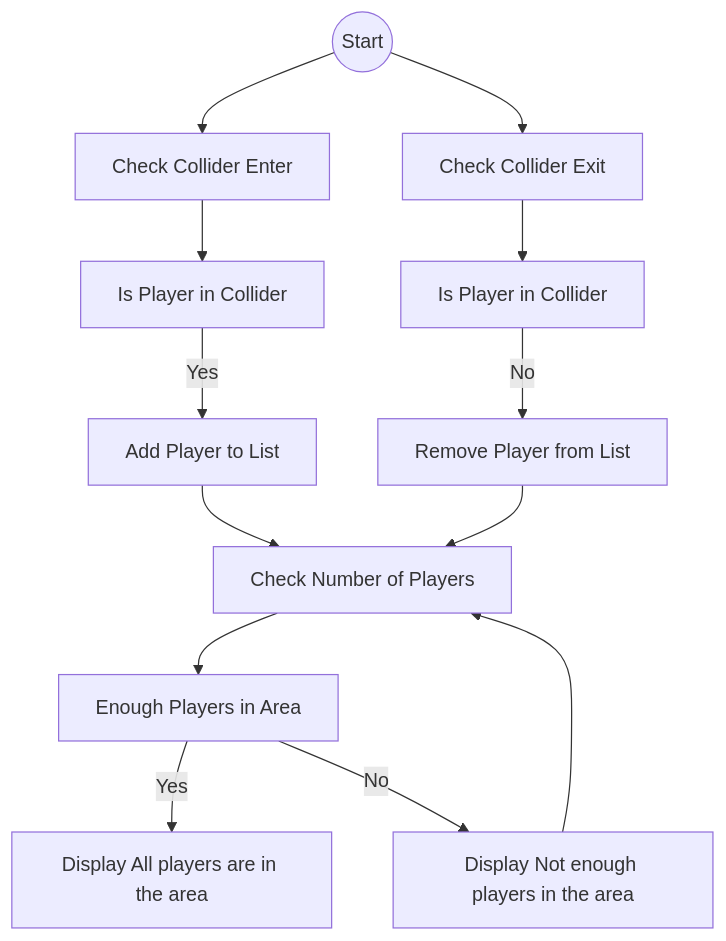
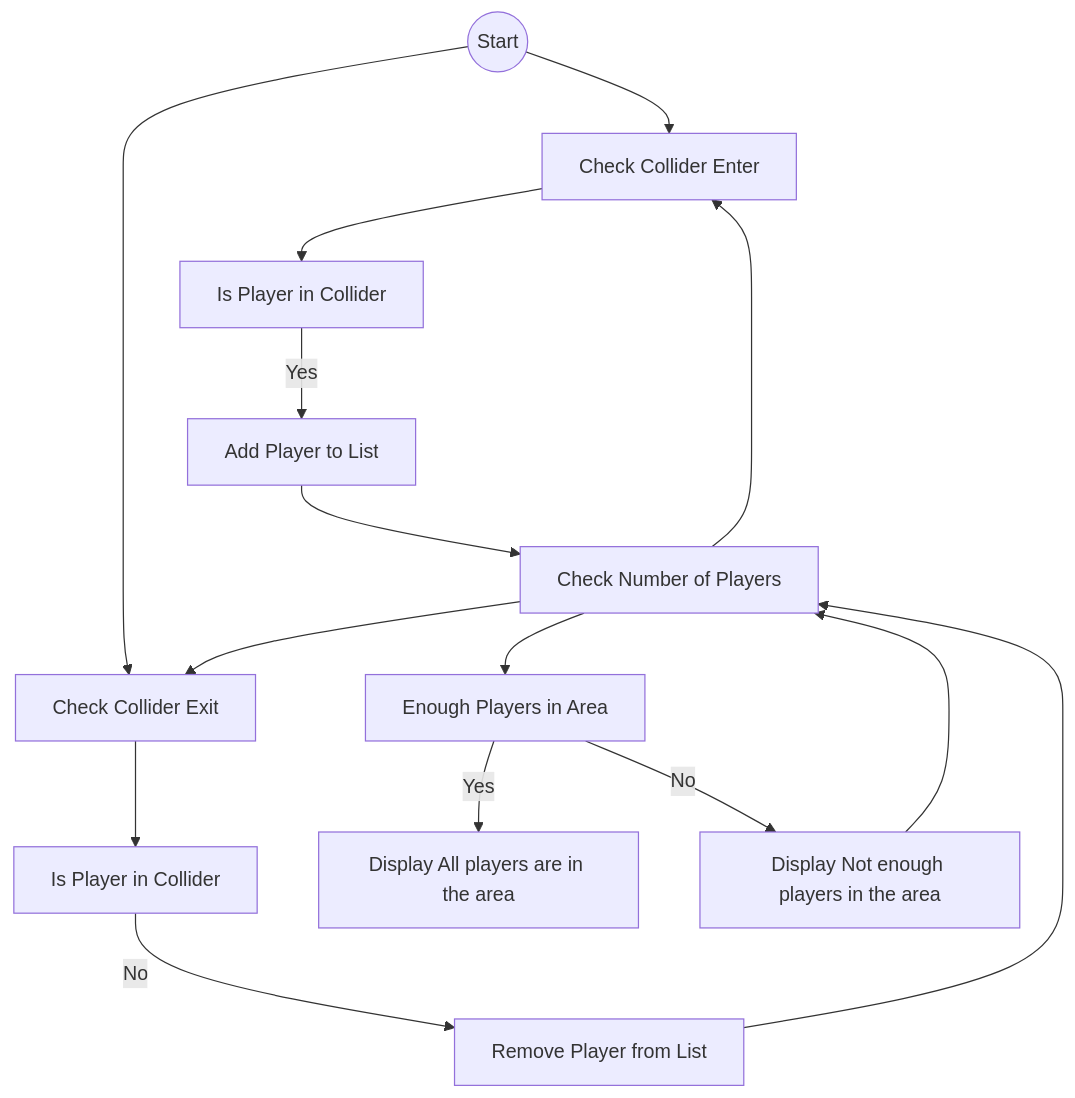
One commit to PAP0/Linx-Game changed the third of 3 diagrams in README.md. Above: the diagram before and after it, drawn with Mermaid.

```diff
--- a/README.md
+++ b/README.md
@@ -104,29 +104,31 @@
 ~~~mermaid
 flowchart TD;
     A((Start))
     B[Check Collider Enter]
     C[Is Player in Collider]
     D[Add Player to List]
     E[Check Collider Exit]
     F[Is Player in Collider]
     G[Remove Player from List]
     H[Check Number of Players]
     I[Enough Players in Area]
     J[Display All players are in the area]
     K[Display Not enough players in the area]
     
     A --> B
     A --> E
     B --> C
     C -- Yes --> D
     D --> H
     E --> F
     F -- No --> G
     G --> H
     H --> I
+    H --> B
+    H --> E
     I -- Yes --> J
     I -- No --> K
     K --> H
    
     
 ~~~
```
